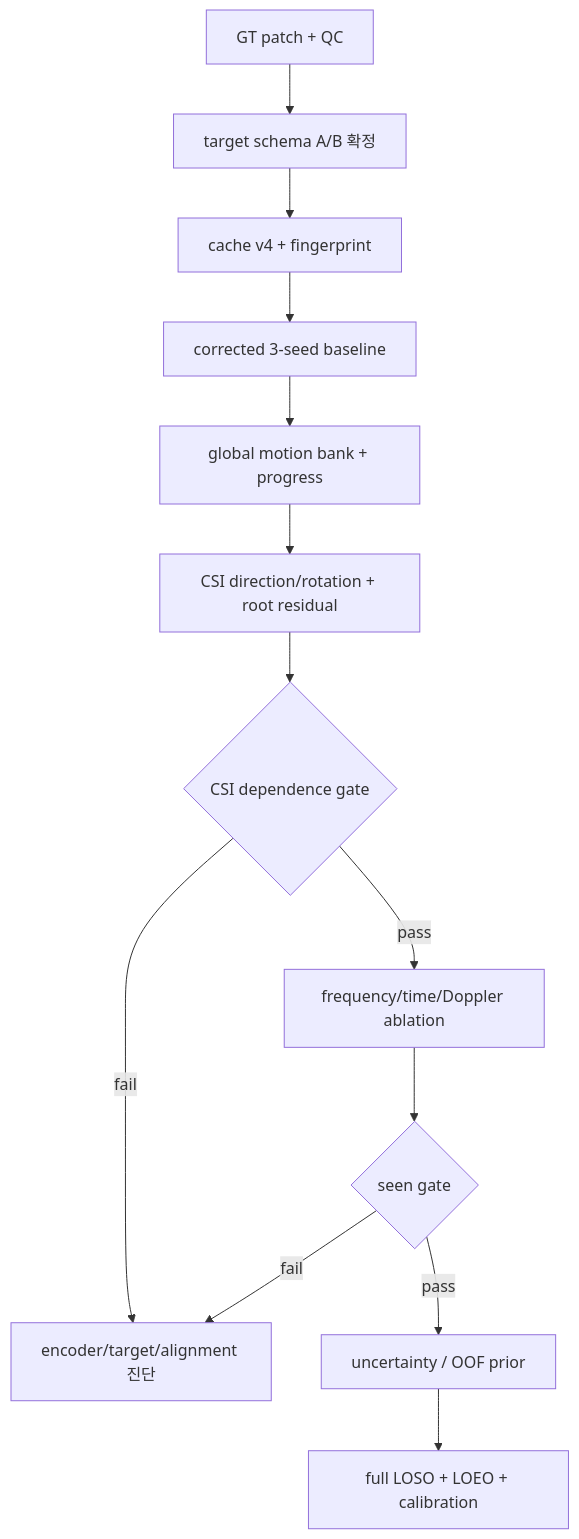
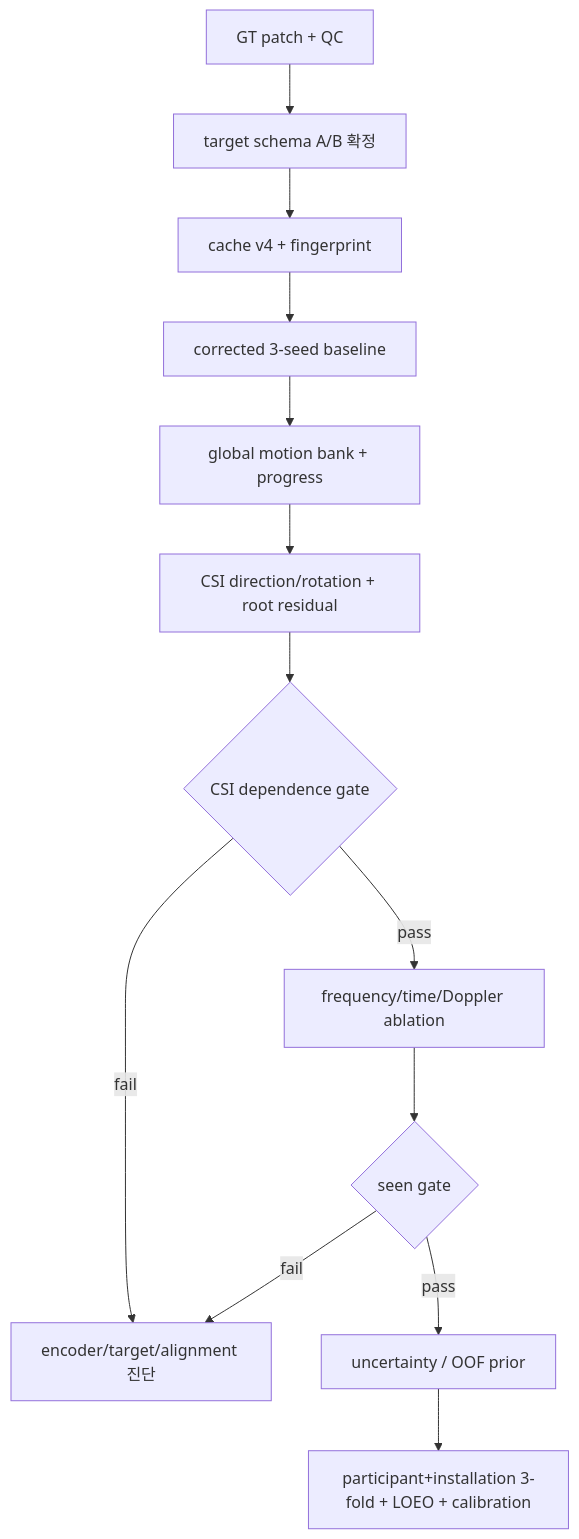
The diagram in CSI-to-Pose/docs/v10_file_level_implementation_spec.md (jjyoon012-git/NotiFi), drawn with Mermaid before and after one commit. The commit also changed other lines of this file and 2 other files, not shown here.

Commit message:
docs: clarify joint-shift evaluation protocol

````diff
--- a/CSI-to-Pose/docs/v10_file_level_implementation_spec.md
+++ b/CSI-to-Pose/docs/v10_file_level_implementation_spec.md
@@ -368,15 +368,15 @@
 ```mermaid
 flowchart TD
     A["GT patch + QC"] --> B["target schema A/B 확정"]
     B --> C["cache v4 + fingerprint"]
     C --> D["corrected 3-seed baseline"]
     D --> E["global motion bank + progress"]
     E --> F["CSI direction/rotation + root residual"]
     F --> G{"CSI dependence gate"}
     G -->|fail| H["encoder/target/alignment 진단"]
     G -->|pass| I["frequency/time/Doppler ablation"]
     I --> J{"seen gate"}
     J -->|fail| H
     J -->|pass| K["uncertainty / OOF prior"]
-    K --> L["full LOSO + LOEO + calibration"]
+    K --> L["participant+installation 3-fold + LOEO + calibration"]
 ```
````
